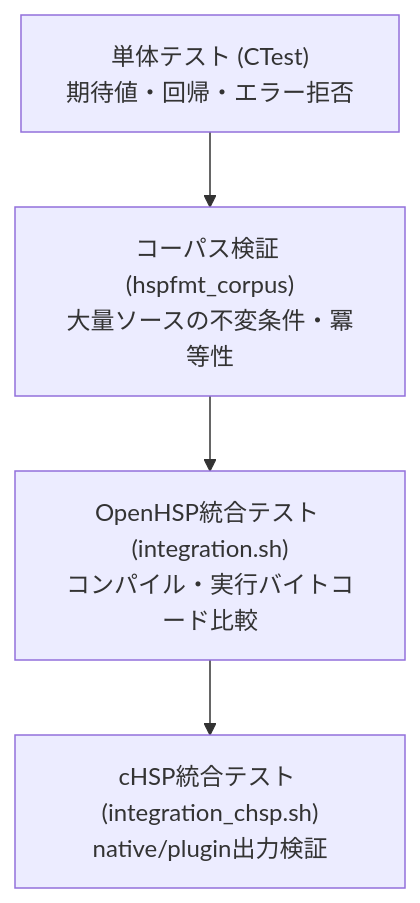
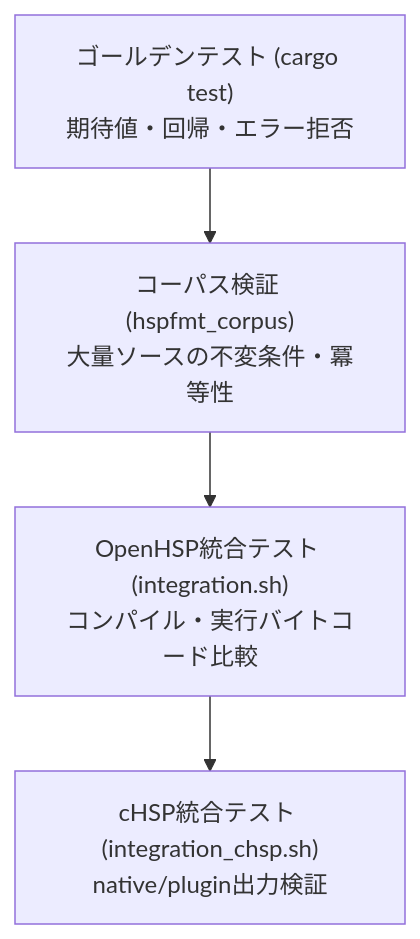
Before and after one commit to zakki/hspfmt: the diagram in DESIGN.md, drawn with Mermaid. The commit also changed other lines of this file and 10 other files, not shown here.

````diff
--- a/DESIGN.md
+++ b/DESIGN.md
@@ -174,6 +174,6 @@
 ```mermaid
 flowchart TD
-    A["単体テスト (CTest)<br/>期待値・回帰・エラー拒否"] --> B["コーパス検証 (hspfmt_corpus)<br/>大量ソースの不変条件・冪等性"]
+    A["ゴールデンテスト (cargo test)<br/>期待値・回帰・エラー拒否"] --> B["コーパス検証 (hspfmt_corpus)<br/>大量ソースの不変条件・冪等性"]
     B --> C["OpenHSP統合テスト (integration.sh)<br/>コンパイル・実行バイトコード比較"]
     C --> D["cHSP統合テスト (integration_chsp.sh)<br/>native/plugin出力検証"]
 ```
````
